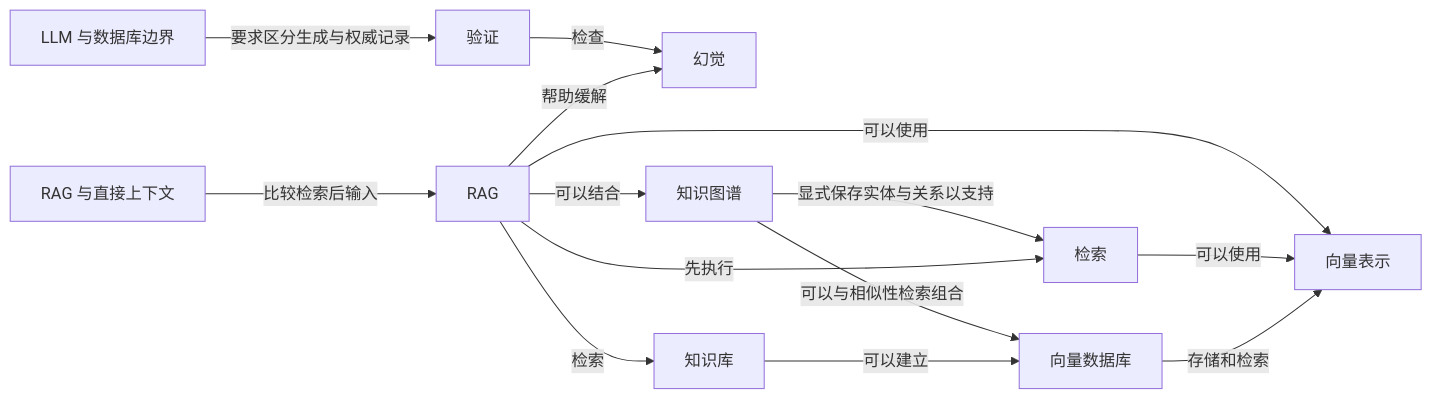
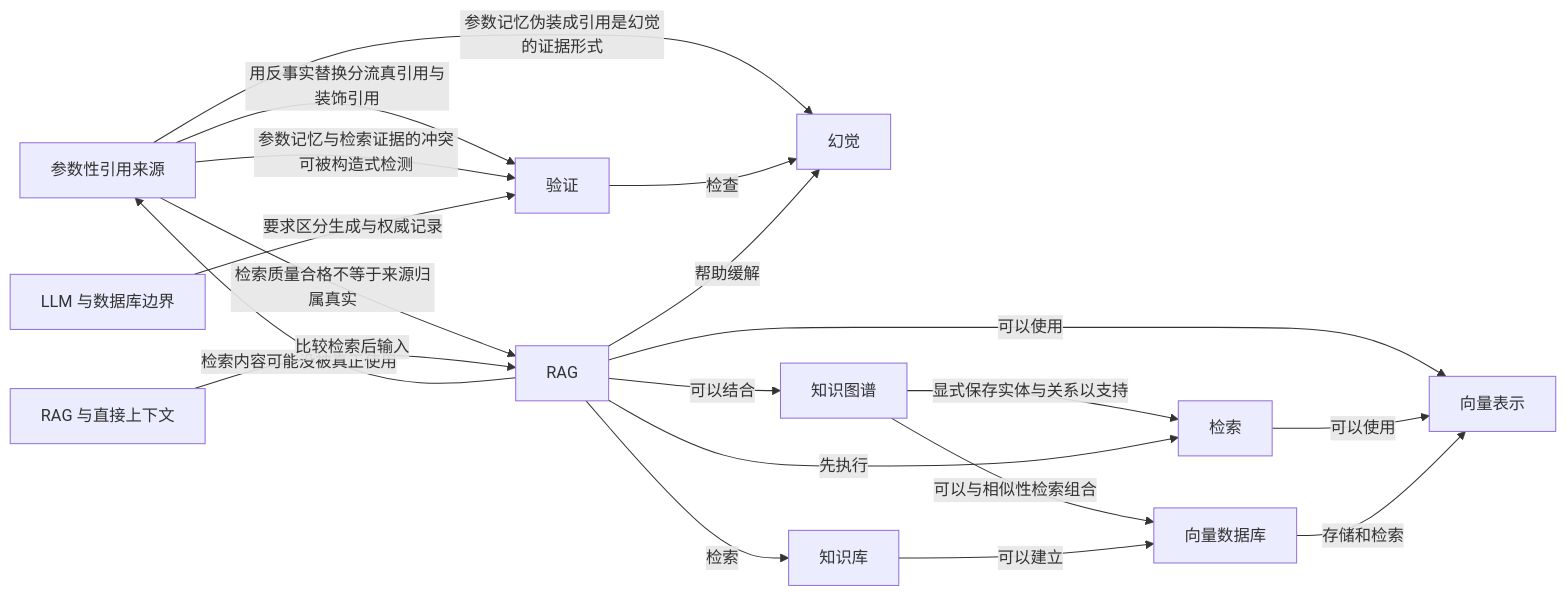
One commit to z-Zihan/LLM-101 changed the fourth of 10 diagrams in 知识网络.md. Above: the diagram before and after it, drawn with Mermaid. The commit also changed other lines of this file and 5 other files, not shown here.

First line of the commit message:
docs(verification): add parametric provenance section on cited-but-unused citations (#31)

````diff
--- a/知识网络.md
+++ b/知识网络.md
@@ -370,26 +371,32 @@
 ```mermaid
 flowchart LR
     n_hallucination["幻觉"]
+    n_parametric_provenance["参数性引用来源"]
     n_verification["验证"]
     n_database_boundary["LLM 与数据库边界"]
     n_rag["RAG"]
     n_knowledge_base["知识库"]
     n_embedding["向量表示"]
     n_vector_database["向量数据库"]
     n_retrieval["检索"]
     n_rag_prompt_context["RAG 与直接上下文"]
     n_knowledge_graph["知识图谱"]
+    n_rag -->|"检索内容可能没被真正使用"| n_parametric_provenance
+    n_parametric_provenance -->|"用反事实替换分流真引用与装饰引用"| n_verification
+    n_parametric_provenance -->|"参数记忆伪装成引用是幻觉的证据形式"| n_hallucination
+    n_parametric_provenance -->|"参数记忆与检索证据的冲突可被构造式检测"| n_verification
+    n_parametric_provenance -->|"检索质量合格不等于来源归属真实"| n_rag
     n_knowledge_graph -->|"显式保存实体与关系以支持"| n_retrieval
     n_rag -->|"可以结合"| n_knowledge_graph
     n_knowledge_graph -->|"可以与相似性检索组合"| n_vector_database
     n_rag_prompt_context -->|"比较检索后输入"| n_rag
     n_database_boundary -->|"要求区分生成与权威记录"| n_verification
     n_verification -->|"检查"| n_hallucination
     n_rag -->|"帮助缓解"| n_hallucination
     n_rag -->|"可以使用"| n_embedding
     n_rag -->|"检索"| n_knowledge_base
     n_knowledge_base -->|"可以建立"| n_vector_database
     n_rag -->|"先执行"| n_retrieval
     n_retrieval -->|"可以使用"| n_embedding
     n_vector_database -->|"存储和检索"| n_embedding
 ```
````
